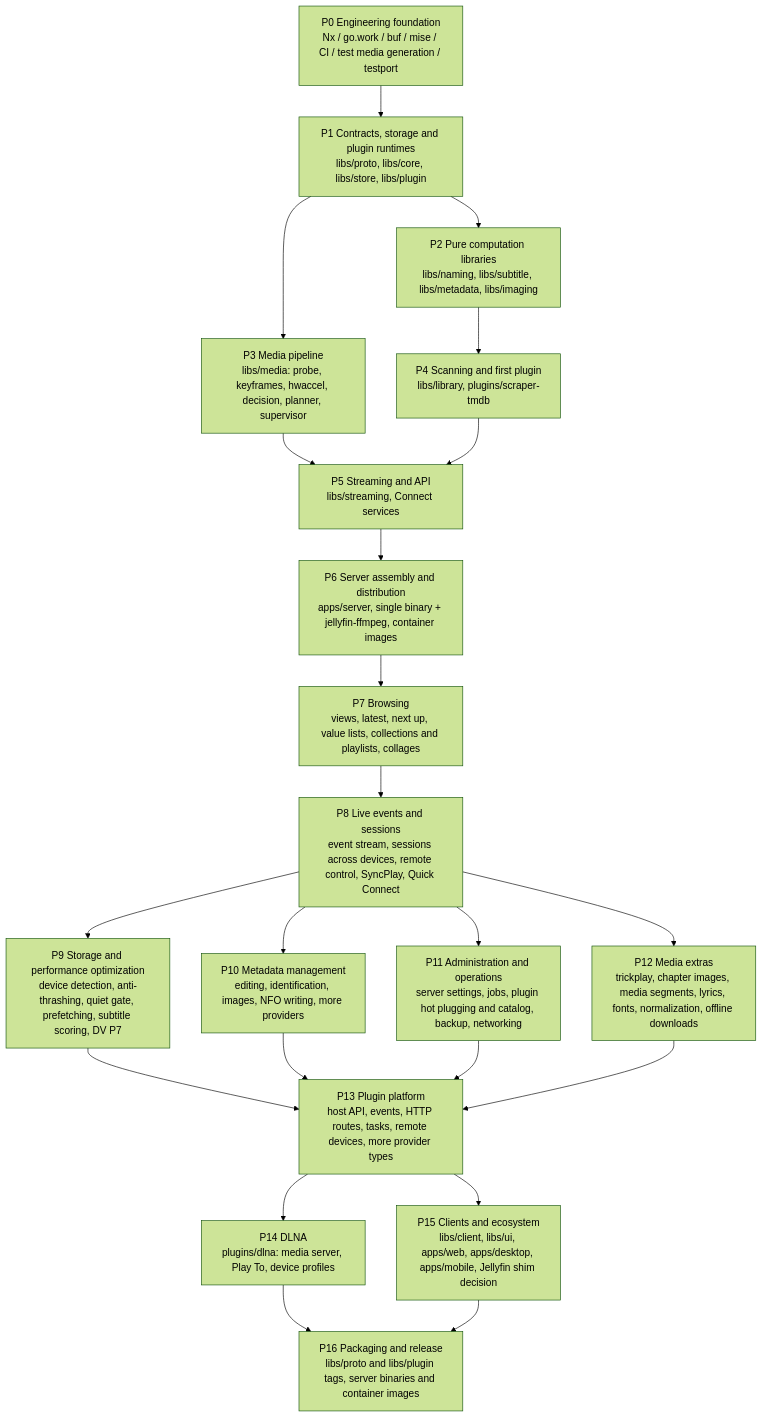
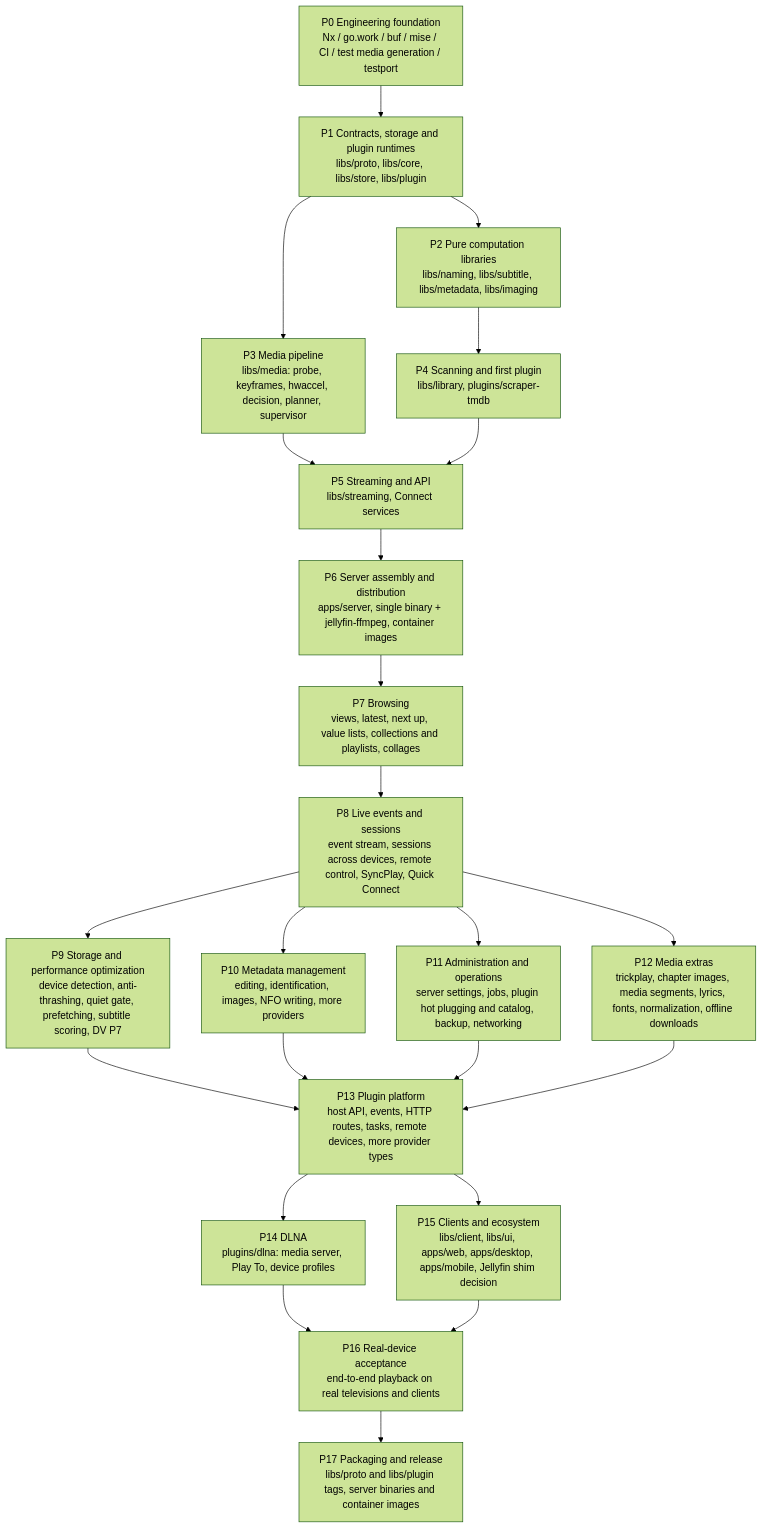
The diagram in docs/roadmap.md (mavioai/mavio), drawn with Mermaid (forest theme) before and after one commit. The commit also changed other lines of this file and 1 other file, not shown here.

First line of the commit message:
docs: move real-television verification to a new P16 acceptance phase

````diff
--- a/docs/roadmap.md
+++ b/docs/roadmap.md
@@ -20,42 +20,44 @@
 ```mermaid
 flowchart TD
     P0["P0 Engineering foundation<br/>Nx / go.work / buf / mise / CI / test media generation / testport"]
     P1["P1 Contracts, storage and plugin runtimes<br/>libs/proto, libs/core, libs/store, libs/plugin"]
     P2["P2 Pure computation libraries<br/>libs/naming, libs/subtitle, libs/metadata, libs/imaging"]
     P3["P3 Media pipeline<br/>libs/media: probe, keyframes, hwaccel, decision, planner, supervisor"]
     P4["P4 Scanning and first plugin<br/>libs/library, plugins/scraper-tmdb"]
     P5["P5 Streaming and API<br/>libs/streaming, Connect services"]
     P6["P6 Server assembly and distribution<br/>apps/server, single binary + jellyfin-ffmpeg, container images"]
     P7["P7 Browsing<br/>views, latest, next up, value lists, collections and playlists, collages"]
     P8["P8 Live events and sessions<br/>event stream, sessions across devices, remote control, SyncPlay, Quick Connect"]
     P9["P9 Storage and performance optimization<br/>device detection, anti-thrashing, quiet gate, prefetching, subtitle scoring, DV P7"]
     P10["P10 Metadata management<br/>editing, identification, images, NFO writing, more providers"]
     P11["P11 Administration and operations<br/>server settings, jobs, plugin hot plugging and catalog, backup, networking"]
     P12["P12 Media extras<br/>trickplay, chapter images, media segments, lyrics, fonts, normalization, offline downloads"]
     P13["P13 Plugin platform<br/>host API, events, HTTP routes, tasks, remote devices, more provider types"]
     P14["P14 DLNA<br/>plugins/dlna: media server, Play To, device profiles"]
     P15["P15 Clients and ecosystem<br/>libs/client, libs/ui, apps/web, apps/desktop, apps/mobile, Jellyfin shim decision"]
-    P16["P16 Packaging and release<br/>libs/proto and libs/plugin tags, server binaries and container images"]
+    P16["P16 Real-device acceptance<br/>end-to-end playback on real televisions and clients"]
+    P17["P17 Packaging and release<br/>libs/proto and libs/plugin tags, server binaries and container images"]
 
     P0 --> P1
     P1 --> P2
     P1 --> P3
     P2 --> P4
     P3 --> P5
     P4 --> P5
     P5 --> P6
     P6 --> P7
     P7 --> P8
     P8 --> P9
     P8 --> P10
     P8 --> P11
     P8 --> P12
     P9 --> P13
     P10 --> P13
     P11 --> P13
     P12 --> P13
     P13 --> P14
     P13 --> P15
     P14 --> P16
     P15 --> P16
+    P16 --> P17
 ```
````
